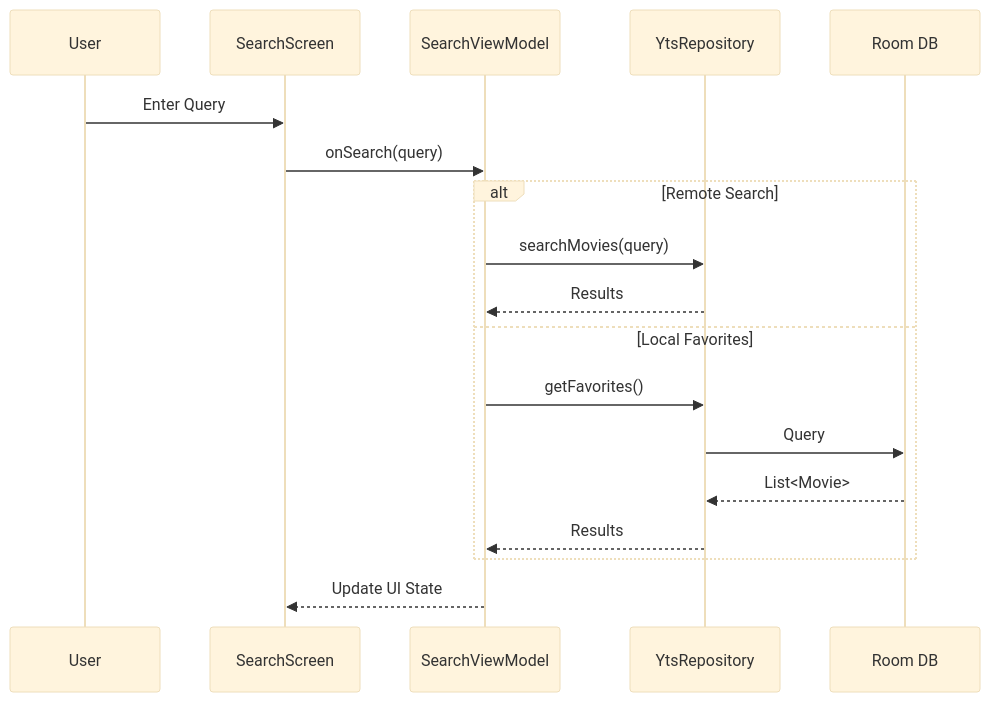
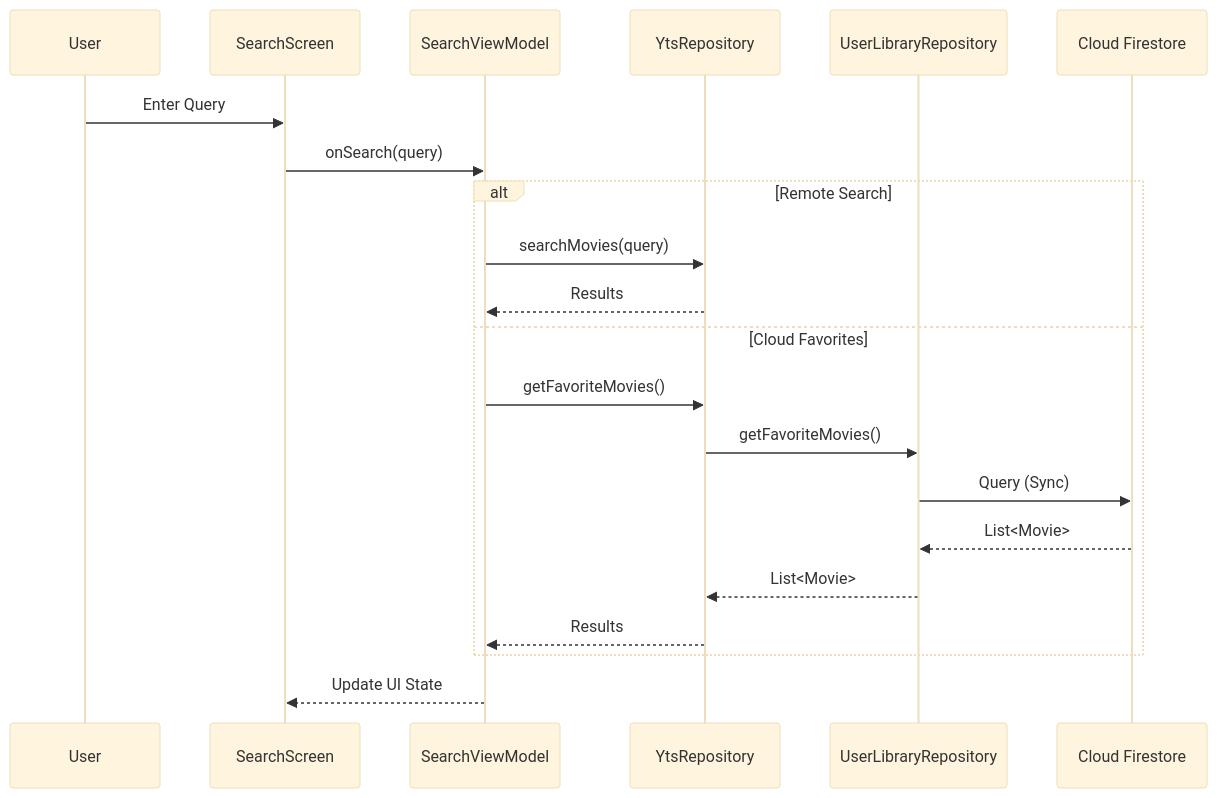
Before and after one commit to martinrevert/LaTorrentola: the third of 5 diagrams in README.md, drawn with Mermaid (base theme). The commit also changed other lines of this file and 2 other files, not shown here.

Commit message:
Enhance UI previews for light and dark modes across Home, Login, Movie Detail, Search, and Settings screens

````diff
--- a/README.md
+++ b/README.md
@@ -114,21 +119,24 @@
 ```mermaid
 sequenceDiagram
     participant U as User
     participant SS as SearchScreen
     participant VM as SearchViewModel
     participant R as YtsRepository
-    participant DB as Room DB
+    participant UR as UserLibraryRepository
+    participant FS as Cloud Firestore
 
     U->>SS: Enter Query
     SS->>VM: onSearch(query)
     alt Remote Search
         VM->>R: searchMovies(query)
         R-->>VM: Results
-    else Local Favorites
-        VM->>R: getFavorites()
-        R->>DB: Query
-        DB-->>R: List<Movie>
+    else Cloud Favorites
+        VM->>R: getFavoriteMovies()
+        R->>UR: getFavoriteMovies()
+        UR->>FS: Query (Sync)
+        FS-->>UR: List<Movie>
+        UR-->>R: List<Movie>
         R-->>VM: Results
     end
     VM-->>SS: Update UI State
 ```
````
